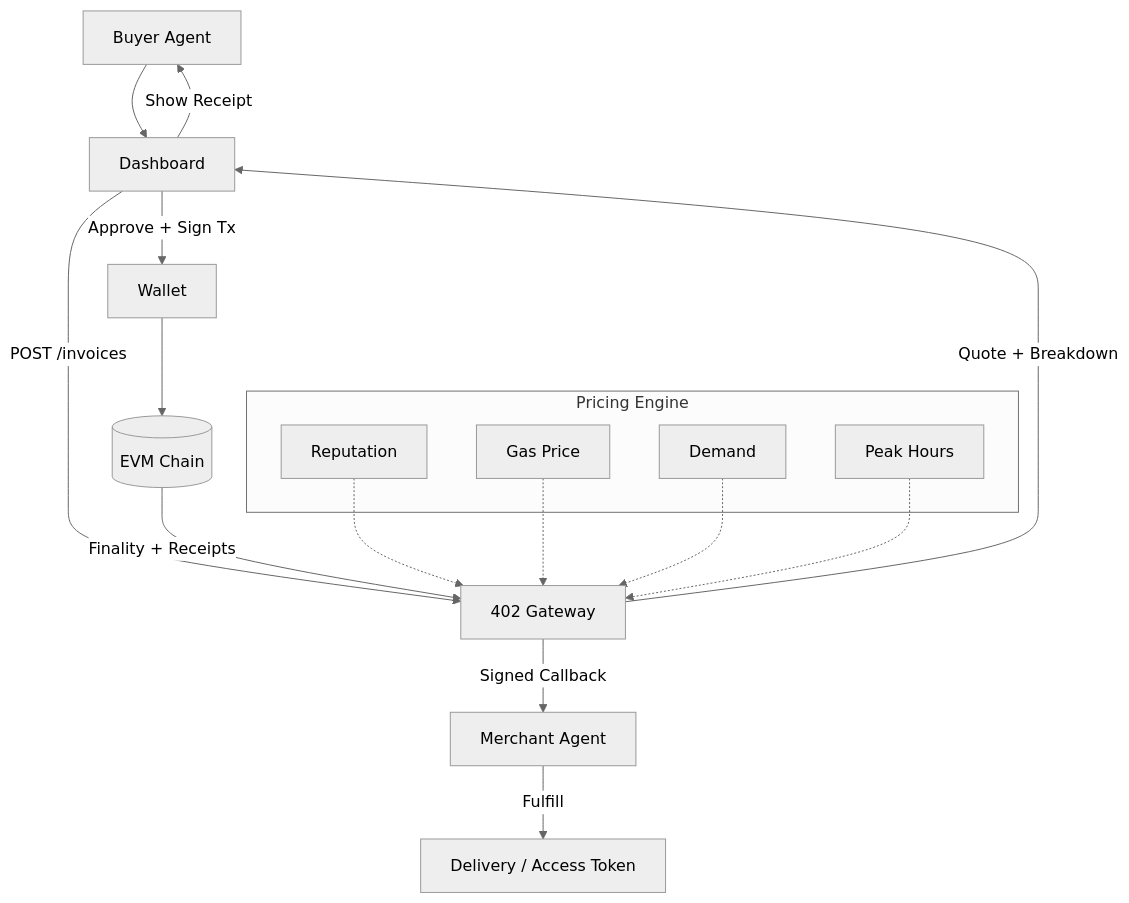
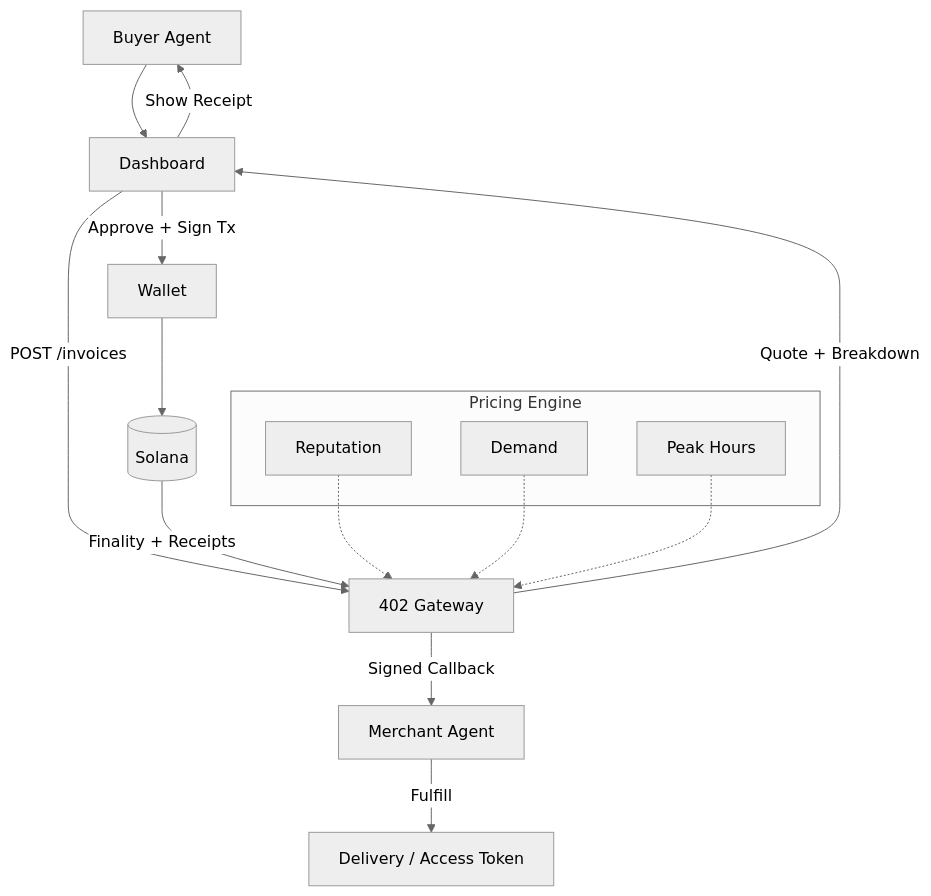
The diagram in README.md (kAUZYAbuild/pandorax402), drawn with Mermaid (neutral theme) before and after one commit. The commit also changed other lines of this file, not shown here.

````diff
--- a/README.md
+++ b/README.md
@@ -23,23 +14,21 @@
 ```mermaid
 flowchart TD
   A[Buyer Agent] --> B[Dashboard]
   B -->|POST /invoices| C[402 Gateway]
   C -->|Quote + Breakdown| B
   B -->|Approve + Sign Tx| D[Wallet]
-  D --> E[(EVM Chain)]
+  D --> E[(Solana)]
   E -->|Finality + Receipts| C
   C -->|Signed Callback| F[Merchant Agent]
   F -->|Fulfill| G[Delivery / Access Token]
   B -->|Show Receipt| A
 
   subgraph Pricing Engine
     P1[Reputation]
-    P2[Gas Price]
-    P3[Demand]
-    P4[Peak Hours]
+    P2[Demand]
+    P3[Peak Hours]
   end
   P1 -.-> C
   P2 -.-> C
   P3 -.-> C
-  P4 -.-> C
 ```
````
